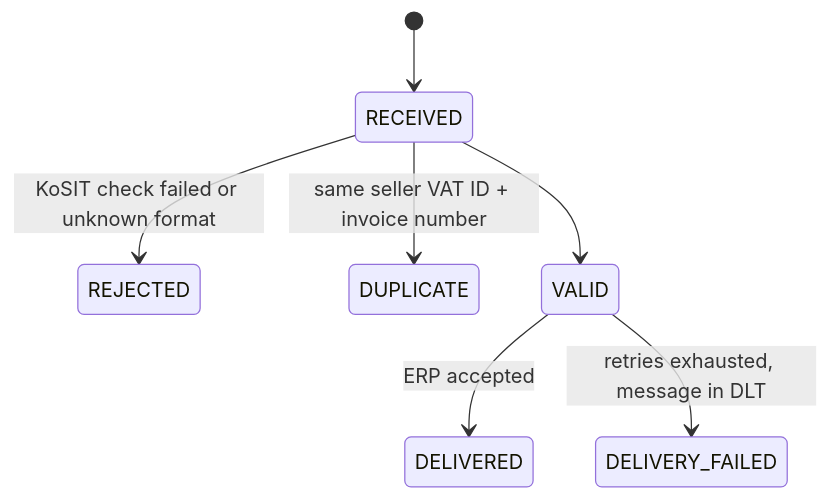
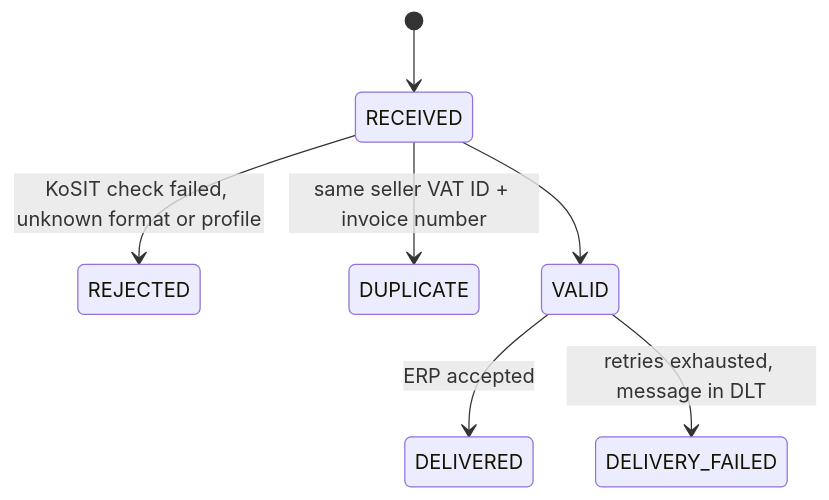
One commit to manuscode/e-invoice-hub changed the first of 2 diagrams in README.md. Above: the diagram before and after it, drawn with Mermaid. The commit also changed other lines of this file, not shown here.

Commit message:
Improve README diagram and fix details

````diff
--- a/README.md
+++ b/README.md
@@ -33,9 +36,9 @@
 ```mermaid
 stateDiagram-v2
     [*] --> RECEIVED
-    RECEIVED --> REJECTED: KoSIT check failed or unknown format
+    RECEIVED --> REJECTED: KoSIT check failed, unknown format or profile
     RECEIVED --> DUPLICATE: same seller VAT ID + invoice number
     RECEIVED --> VALID
     VALID --> DELIVERED: ERP accepted
     VALID --> DELIVERY_FAILED: retries exhausted, message in DLT
 ```
````
